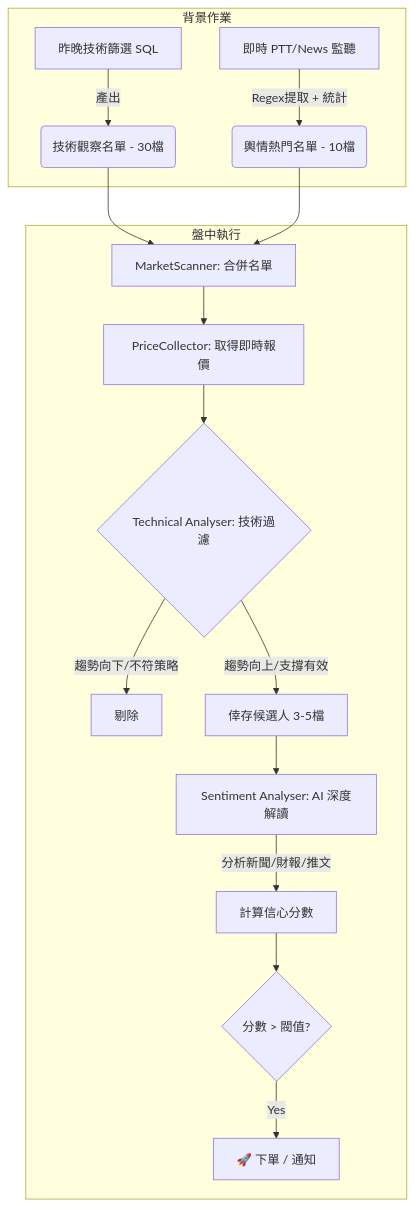
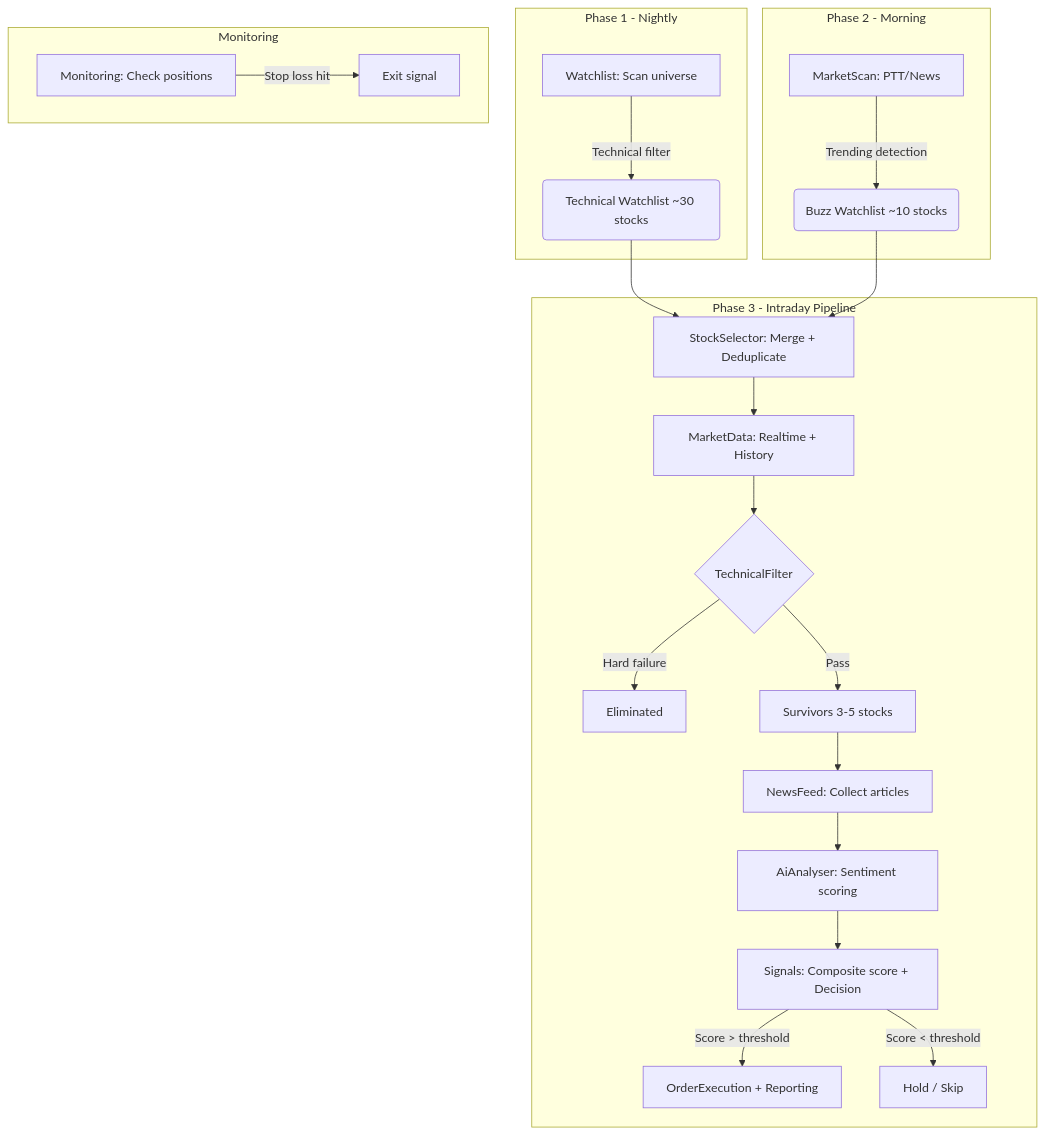
Before and after one commit to doluludadada/stock-agent: the diagram in README.md, drawn with Mermaid. The commit also changed other lines of this file and 74 other files, not shown here.

````diff
--- a/README.md
+++ b/README.md
@@ -2,22 +7,30 @@
-``` mermaid
+```mermaid
 graph TD
-    subgraph Background [背景作業]
-        A1[昨晚技術篩選 SQL] -->|產出| LIST_A(技術觀察名單 - 30檔)
-        A2[即時 PTT/News 監聽] -->|Regex提取 + 統計| LIST_B(輿情熱門名單 - 10檔)
+    subgraph Phase 1 - Nightly
+        A1[Watchlist: Scan universe] -->|Technical filter| LIST_A(Technical Watchlist ~30 stocks)
     end
 
-    subgraph Intraday Pipeline [盤中執行]
-        LIST_A & LIST_B --> M[MarketScanner: 合併名單]
-        M --> P[PriceCollector: 取得即時報價]
-        P --> T{Technical Analyser: 技術過濾}
-        
-        T -->|趨勢向下/不符策略| DROP[剔除]
-        T -->|趨勢向上/支撐有效| CANDIDATES[倖存候選人 3-5檔]
-        
-        CANDIDATES --> AI[Sentiment Analyser: AI 深度解讀]
-        AI -->|分析新聞/財報/推文| SCORE[計算信心分數]
-        
-        SCORE --> DECISION{分數 > 閥值?}
-        DECISION -->|Yes| BUY[🚀 下單 / 通知]
+    subgraph Phase 2 - Morning
+        A2[MarketScan: PTT/News] -->|Trending detection| LIST_B(Buzz Watchlist ~10 stocks)
+    end
+
+    subgraph Phase 3 - Intraday Pipeline
+        LIST_A & LIST_B --> SS[StockSelector: Merge + Deduplicate]
+        SS --> MD[MarketData: Realtime + History]
+        MD --> TF{TechnicalFilter}
+
+        TF -->|Hard failure| DROP[Eliminated]
+        TF -->|Pass| SURV[Survivors 3-5 stocks]
+
+        SURV --> NF[NewsFeed: Collect articles]
+        NF --> AI[AiAnalyser: Sentiment scoring]
+        AI --> SIG[Signals: Composite score + Decision]
+
+        SIG -->|Score > threshold| BUY[OrderExecution + Reporting]
+        SIG -->|Score < threshold| HOLD[Hold / Skip]
+    end
+
+    subgraph Monitoring
+        MON[Monitoring: Check positions] -->|Stop loss hit| SELL[Exit signal]
     end
 ```
````
